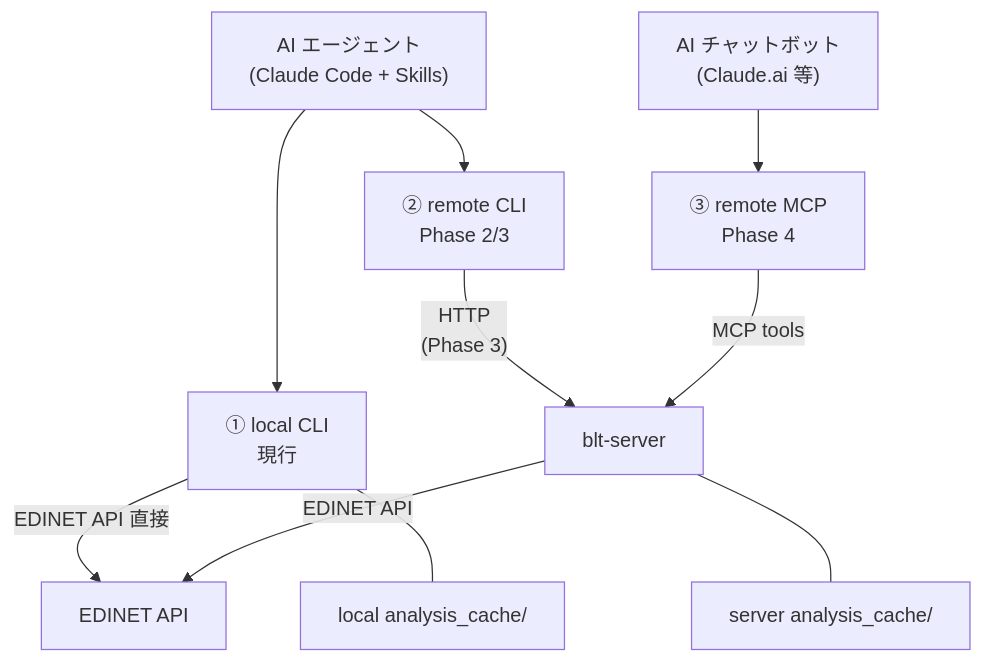
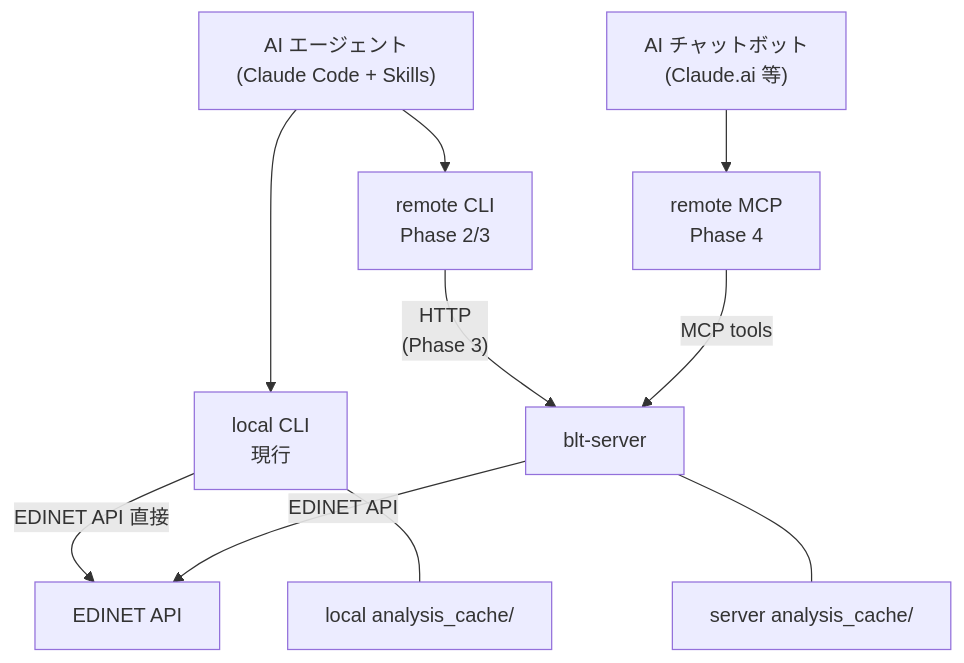
The diagram in docs/mcp-server-roadmap.md (sollahiro/blue-ticker), drawn with Mermaid before and after one commit. The commit also changed other lines of this file, not shown here.

````diff
--- a/docs/mcp-server-roadmap.md
+++ b/docs/mcp-server-roadmap.md
@@ -20,14 +20,14 @@
 ```mermaid
 flowchart TD
-    Agent["AI エージェント\n(Claude Code + Skills)"] --> LocalCLI["① local CLI\n現行"]
-    Agent --> RemoteCLI["② remote CLI\nPhase 2/3"]
-    Chatbot["AI チャットボット\n(Claude.ai 等)"] --> RemoteMCP["③ remote MCP\nPhase 4"]
+    Agent["AI エージェント\n(Claude Code + Skills)"] --> LocalCLI["local CLI\n現行"]
+    Agent --> RemoteCLI["remote CLI\nPhase 2/3"]
+    Chatbot["AI チャットボット\n(Claude.ai 等)"] --> RemoteMCP["remote MCP\nPhase 4"]
 
     LocalCLI -->|"EDINET API 直接"| EdinetAPI["EDINET API"]
     LocalCLI --- LocalCache["local analysis_cache/"]
 
     RemoteCLI -->|"HTTP\n(Phase 3)"| Server["blt-server"]
     RemoteMCP -->|"MCP tools"| Server
     Server -->|"EDINET API"| EdinetAPI
     Server --- ServerCache["server analysis_cache/"]
 ```
````
